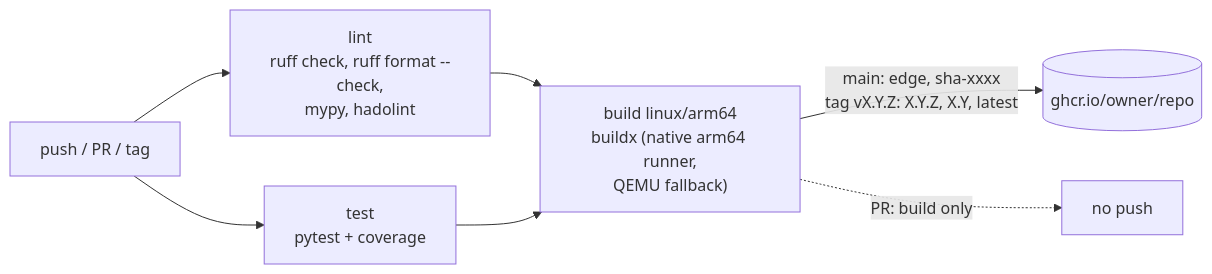
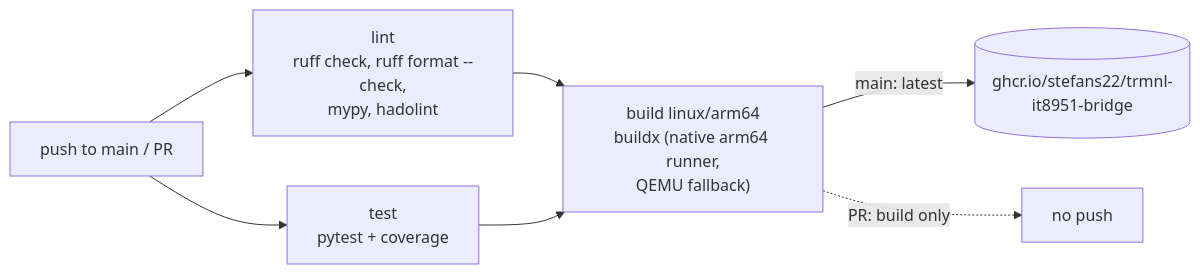
One commit to stefans22/trmnl-it8951-bridge changed the seventh of 7 diagrams in docs/design.md. Above: the diagram before and after it, drawn with Mermaid. The commit also changed 8 other files, not shown here.

First line of the commit message:
CI: publish latest from main only; Podman device access

````diff
--- a/docs/design.md
+++ b/docs/design.md
@@ -362,9 +362,9 @@
 ```mermaid
 flowchart LR
-    T[push / PR / tag] --> L["lint<br/>ruff check, ruff format --check,<br/>mypy, hadolint"]
+    T[push to main / PR] --> L["lint<br/>ruff check, ruff format --check,<br/>mypy, hadolint"]
     T --> U["test<br/>pytest + coverage"]
     L --> B["build linux/arm64<br/>buildx (native arm64 runner,<br/>QEMU fallback)"]
     U --> B
-    B -->|"main: edge, sha-xxxx<br/>tag vX.Y.Z: X.Y.Z, X.Y, latest"| R[(ghcr.io/owner/repo)]
+    B -->|"main: latest"| R[(ghcr.io/stefans22/trmnl-it8951-bridge)]
     B -.->|PR: build only| X[no push]
 ```
````
